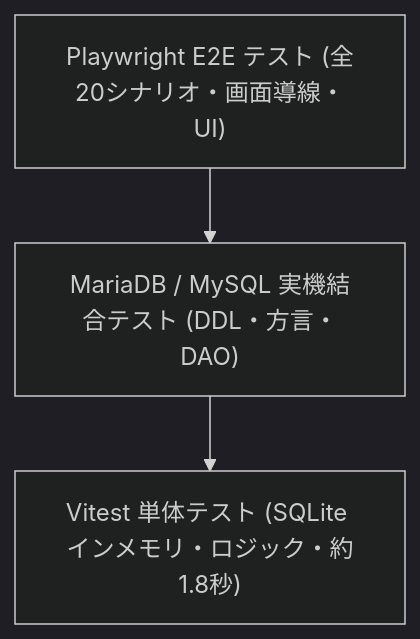
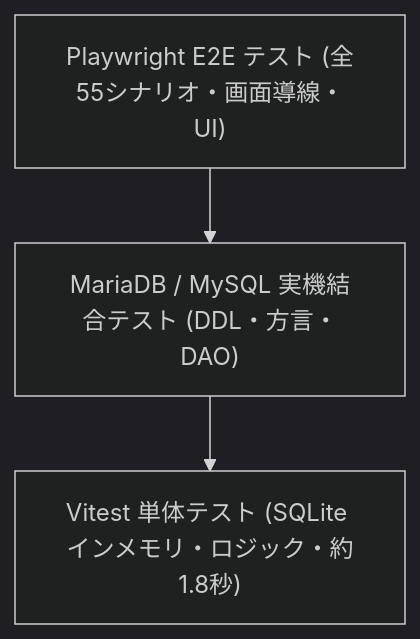
The diagram in docs/dev/testing.md (knzfujii/EPGDeck), drawn with Mermaid (dark theme) before and after one commit. The commit also changed other lines of this file and 2 other files, not shown here.

Commit message:
test(e2e): 動画再生コントロールと全ルート巡回のE2Eテストを追加
- test/e2e/watch.spec.ts: 倍速切り替え、ミュート/ミュート解除、ショートカット 'm' の検証を追加
- test/e2e/theme_and_navigation.spec.ts: サイドバー全9ルートの巡回・画面遷移テストを追加
- docs/dev/testing.md: E2Eテスト総数を全55シナリオに更新

````diff
--- a/docs/dev/testing.md
+++ b/docs/dev/testing.md
@@ -11,9 +11,9 @@
 ```mermaid
 graph TD
-    E2E["Playwright E2E テスト (全20シナリオ・画面導線・UI)"]
+    E2E["Playwright E2E テスト (全55シナリオ・画面導線・UI)"]
     Integration["MariaDB / MySQL 実機結合テスト (DDL・方言・DAO)"]
     Unit["Vitest 単体テスト (SQLite インメモリ・ロジック・約1.8秒)"]
 
     E2E --> Integration
     Integration --> Unit
 ```
````
